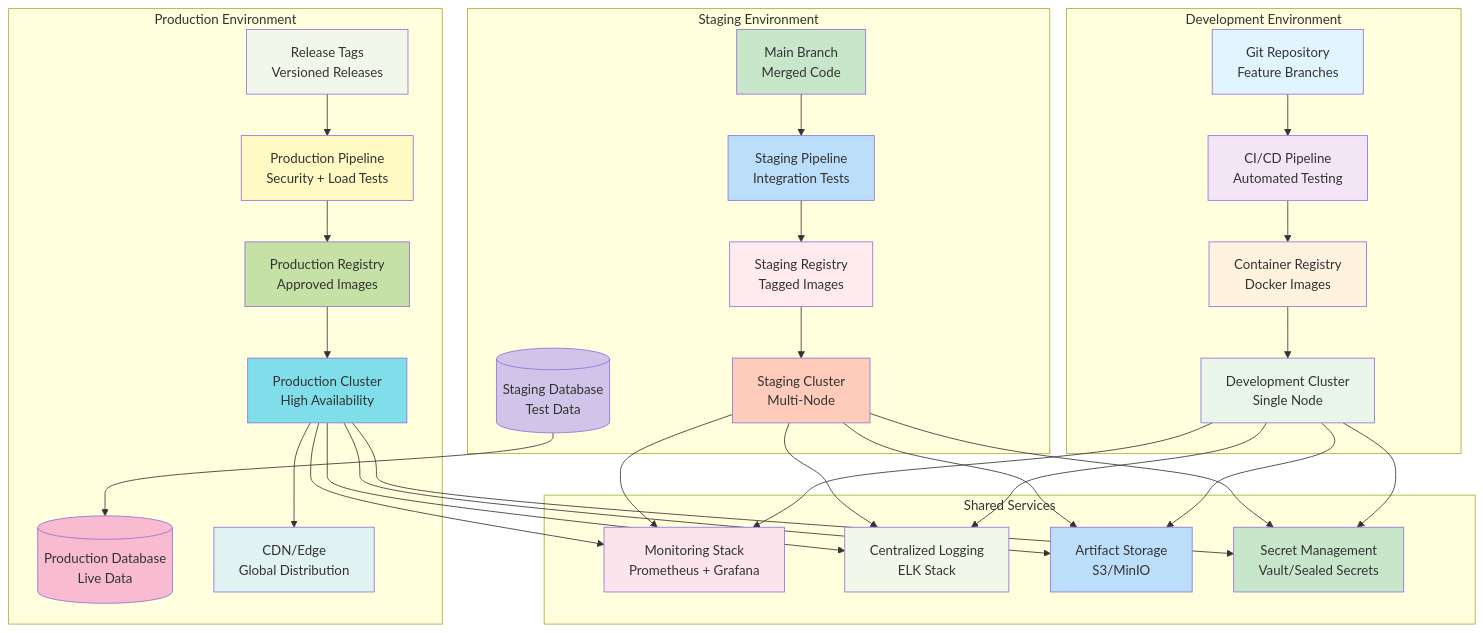
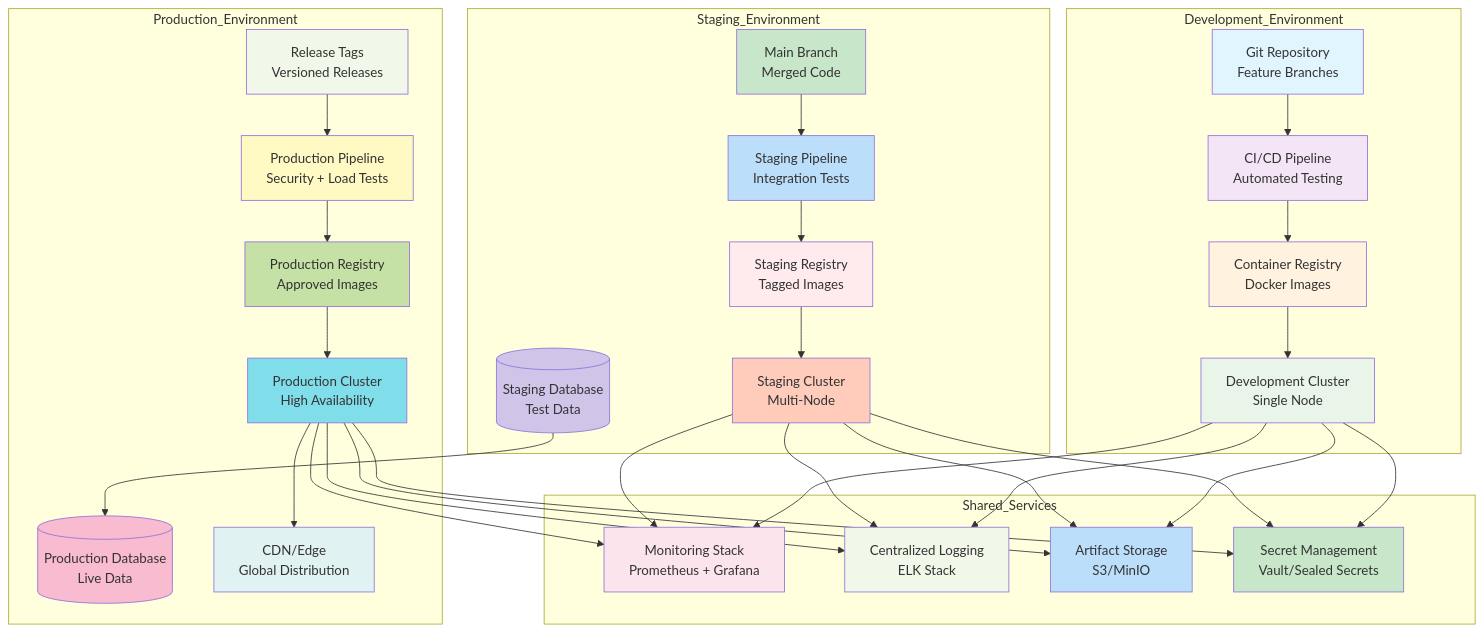
One commit to tanm-sys/build changed the eighth of 17 diagrams in decentralized-ai-simulation/docs/design.md. Above: the diagram before and after it, drawn with Mermaid. The commit also changed other lines of this file and 5 other files, not shown here.

Commit message:
Fix Mermaid diagram parse errors in Markdown files (resolve LINK token issues on line 29 and others)

````diff
--- a/decentralized-ai-simulation/docs/design.md
+++ b/decentralized-ai-simulation/docs/design.md
@@ -529,13 +529,13 @@
 ```mermaid
 graph TB
-    subgraph "Development Environment"
+    subgraph "Development_Environment"
         DEV_GIT[Git Repository<br/>Feature Branches]
         DEV_CI[CI/CD Pipeline<br/>Automated Testing]
         DEV_CONT[Container Registry<br/>Docker Images]
         DEV_K8S[Development Cluster<br/>Single Node]
     end
 
-    subgraph "Staging Environment"
+    subgraph "Staging_Environment"
         STAGING_GIT[Main Branch<br/>Merged Code]
         STAGING_CI[Staging Pipeline<br/>Integration Tests]
         STAGING_CONT[Staging Registry<br/>Tagged Images]
@@ -543,7 +543,7 @@
         STAGING_DB[(Staging Database<br/>Test Data)]
     end
 
-    subgraph "Production Environment"
+    subgraph "Production_Environment"
         PROD_GIT[Release Tags<br/>Versioned Releases]
         PROD_CI[Production Pipeline<br/>Security + Load Tests]
         PROD_CONT[Production Registry<br/>Approved Images]
@@ -552,7 +552,7 @@
         PROD_CDN[CDN/Edge<br/>Global Distribution]
     end
 
-    subgraph "Shared Services"
+    subgraph "Shared_Services"
         MONITORING[Monitoring Stack<br/>Prometheus + Grafana]
         LOGGING[Centralized Logging<br/>ELK Stack]
         ARTIFACTS[Artifact Storage<br/>S3/MinIO]
````
